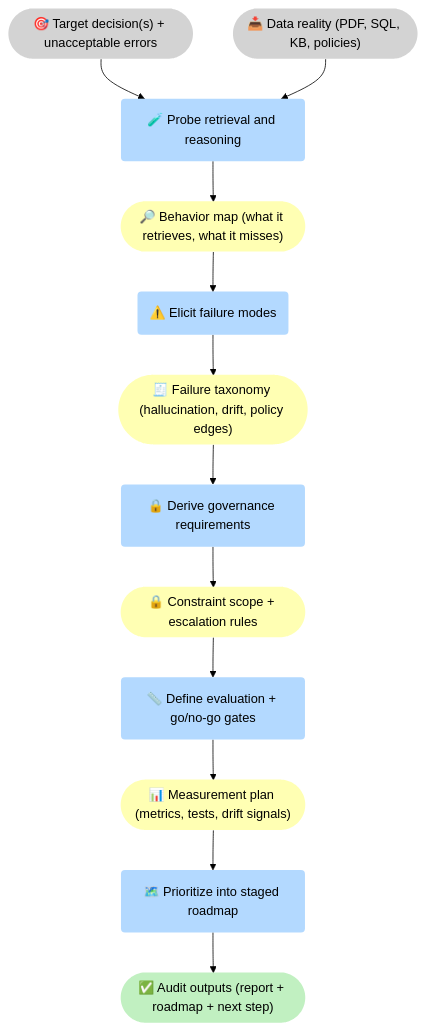
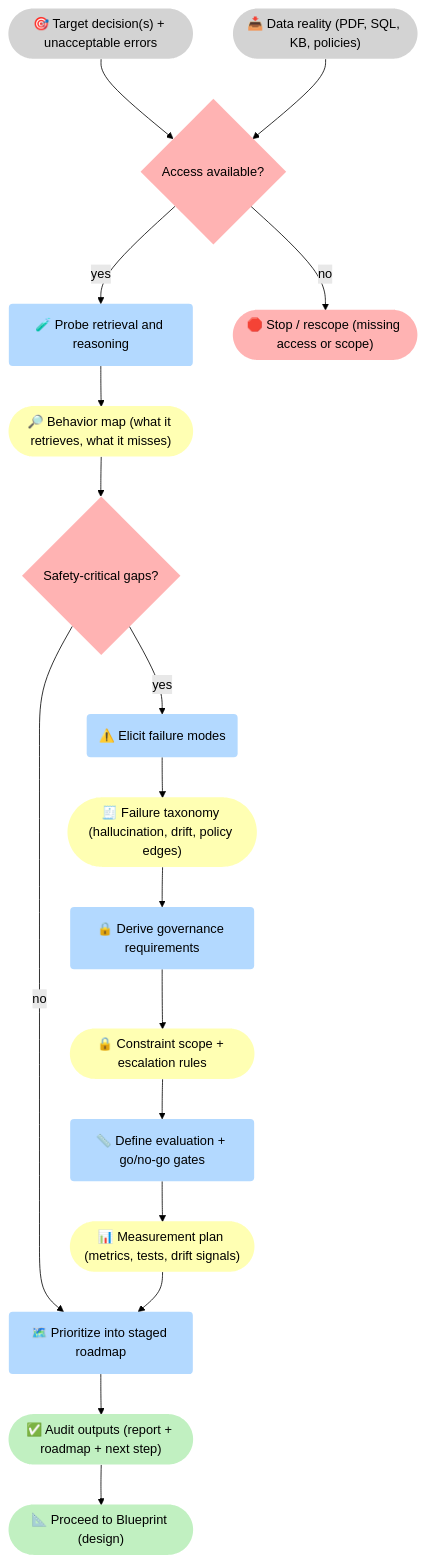
Before and after one commit to 5Reasons/5reasons.github.io: the first of 2 diagrams in docs/services/epistemic-audit.md, drawn with Mermaid (forest theme). The commit also changed other lines of this file and 11 other files, not shown here.

````diff
--- a/docs/services/epistemic-audit.md
+++ b/docs/services/epistemic-audit.md
@@ -68,36 +68,51 @@
 ```mermaid
 flowchart TB
 %% Styles (brModel Standard)
 classDef i fill:#D3D3D3,stroke-width:0px,color:#000;
 classDef p fill:#B3D9FF,stroke-width:0px,color:#000;
 classDef r fill:#FFFFB3,stroke-width:0px,color:#000;
 classDef o fill:#C1F0C1,stroke-width:0px,color:#000;
 classDef s fill:#FFB3B3,stroke-width:0px,color:#000;
 
 I_Dec(["🎯 Target decision(s) + unacceptable errors"]):::i
 I_Data(["📥 Data reality (PDF, SQL, KB, policies)"]):::i
 
+G_Data{"Access available?"}:::s
+
 P_Test("🧪 Probe retrieval and reasoning"):::p
 R_Beh(["🔎 Behavior map (what it retrieves, what it misses)"]):::r
+
+G_Gaps{"Safety-critical gaps?"}:::s
 
 P_Fail("⚠️ Elicit failure modes"):::p
 R_Modes(["🧾 Failure taxonomy (hallucination, drift, policy edges)"]):::r
 
 P_Gov("🔒 Derive governance requirements"):::p
 R_Constr(["🔒 Constraint scope + escalation rules"]):::r
 
 P_Eval("📏 Define evaluation + go/no-go gates"):::p
 R_Meas(["📊 Measurement plan (metrics, tests, drift signals)"]):::r
 
 P_Road("🗺️ Prioritize into staged roadmap"):::p
 O_Out(["✅ Audit outputs (report + roadmap + next step)"]):::o
 
-I_Dec --> P_Test
-I_Data --> P_Test
-P_Test --> R_Beh --> P_Fail --> R_Modes --> P_Gov --> R_Constr --> P_Eval --> R_Meas --> P_Road --> O_Out
+O_Stop(["🛑 Stop / rescope (missing access or scope)"]):::s
+O_Blue(["📐 Proceed to Blueprint (design)"]):::o
+
+I_Dec --> G_Data
+I_Data --> G_Data
+G_Data -->|"no"| O_Stop
+G_Data -->|"yes"| P_Test
+
+P_Test --> R_Beh --> G_Gaps
+G_Gaps -->|"yes"| P_Fail
+G_Gaps -->|"no"| P_Road
+
+P_Fail --> R_Modes --> P_Gov --> R_Constr --> P_Eval --> R_Meas --> P_Road --> O_Out
+O_Out --> O_Blue
 
 %% Clickable nodes
 click P_Gov "/methodology/constraints/" "Constraints & SHACL"
 click P_Test "/methodology/llm-tool-rag/" "Baseline stack"
 click P_Eval "/reasoners/governance/" "Governance approach"
 ```
````
